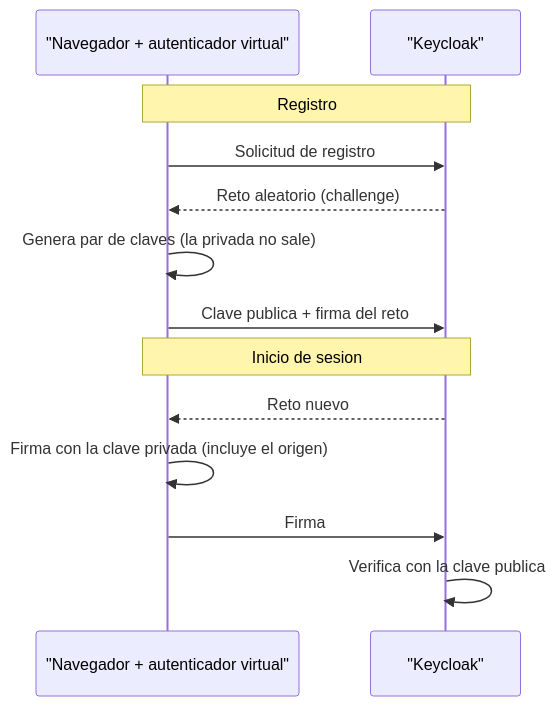
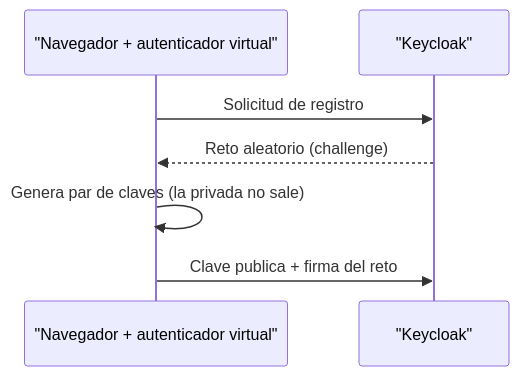
Before and after one commit to ging/lab2-webauthn: the first of 3 diagrams in README.md, drawn with Mermaid. The commit also changed other lines of this file, not shown here.

Commit message:
Lab 2: apartado 6 para el alumno, detalles opcionales plegados, contador como dato curioso y diagramas separados

````diff
--- a/README.md
+++ b/README.md
@@ -69,15 +69,9 @@
 ```mermaid
 sequenceDiagram
   participant N as "Navegador + autenticador virtual"
   participant K as "Keycloak"
-  Note over N,K: Registro
   N->>K: Solicitud de registro
   K-->>N: Reto aleatorio (challenge)
   N->>N: Genera par de claves (la privada no sale)
   N->>K: Clave publica + firma del reto
-  Note over N,K: Inicio de sesion
-  K-->>N: Reto nuevo
-  N->>N: Firma con la clave privada (incluye el origen)
-  N->>K: Firma
-  K->>K: Verifica con la clave publica
 ```
````
